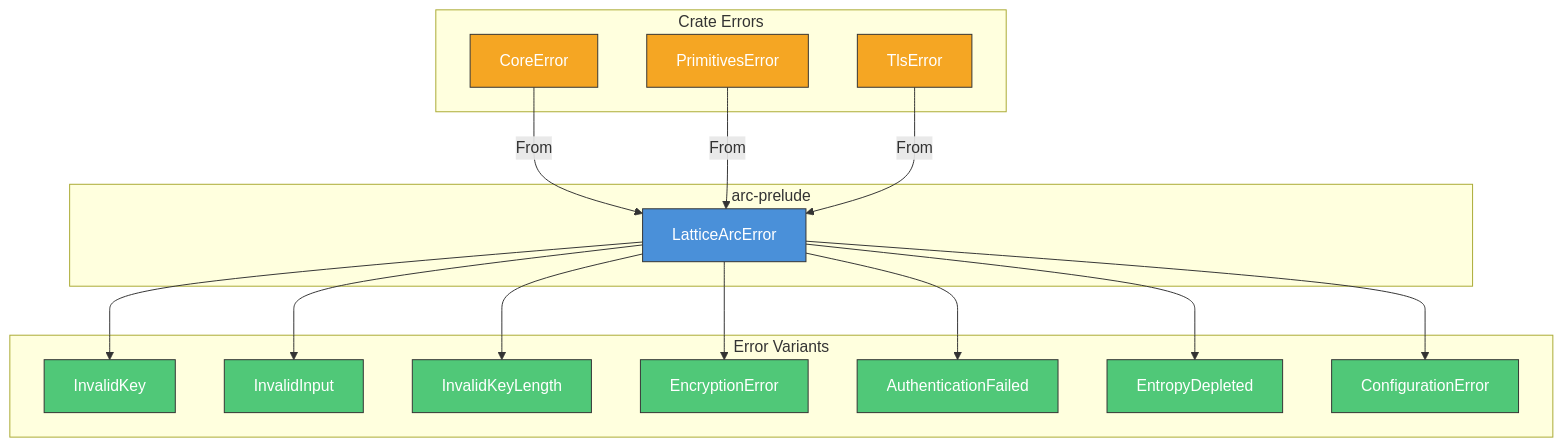
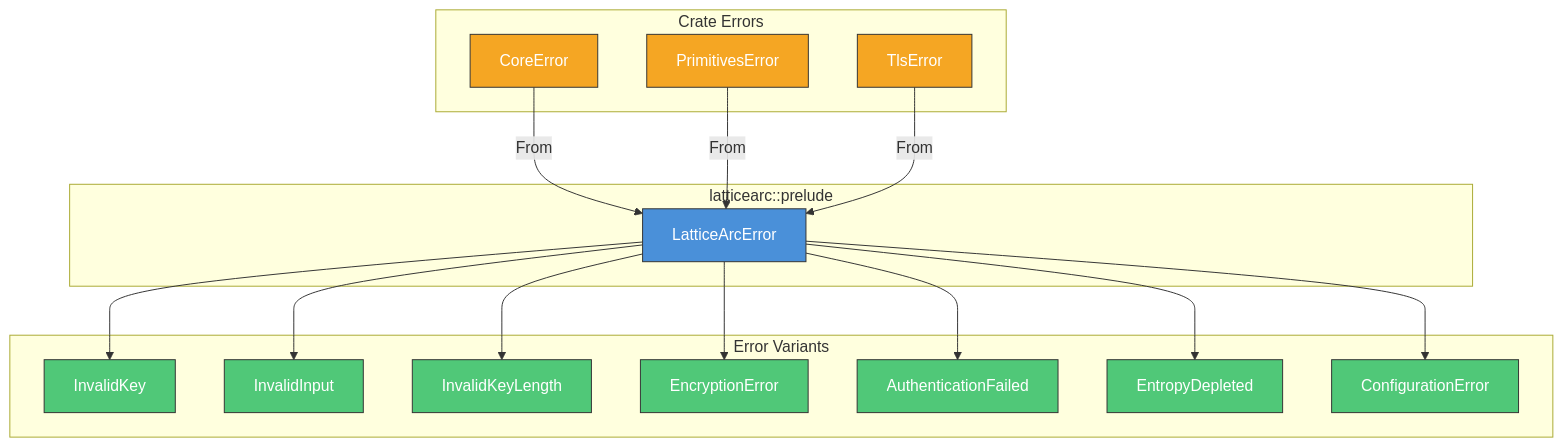
The ninth of 11 diagrams in docs/DESIGN.md (LatticeArc/latticearc), drawn with Mermaid before and after one commit. The commit also changed other lines of this file and 53 other files, not shown here.

````diff
--- a/docs/DESIGN.md
+++ b/docs/DESIGN.md
@@ -566,42 +553,42 @@
 ```mermaid
 graph TD
-    subgraph "arc-prelude"
+    subgraph "latticearc::prelude"
         CE[LatticeArcError]
     end
 
     subgraph "Error Variants"
         IK[InvalidKey]
         II[InvalidInput]
         KL[InvalidKeyLength]
         EF[EncryptionError]
         AF[AuthenticationFailed]
         ED[EntropyDepleted]
         CF[ConfigurationError]
     end
 
     subgraph "Crate Errors"
         CORE_E[CoreError]
         PRIM_E[PrimitivesError]
         TLS_E[TlsError]
     end
 
     CE --> IK
     CE --> II
     CE --> KL
     CE --> EF
     CE --> AF
     CE --> ED
     CE --> CF
 
     CORE_E -->|"From"| CE
     PRIM_E -->|"From"| CE
     TLS_E -->|"From"| CE
 
     classDef base fill:#4a90d9,stroke:#333,color:#fff
     classDef variant fill:#50c878,stroke:#333,color:#fff
     classDef crate fill:#f5a623,stroke:#333,color:#fff
 
     class CE base
     class IK,II,KL,EF,AF,ED,CF variant
     class CORE_E,PRIM_E,TLS_E crate
 ```
````
